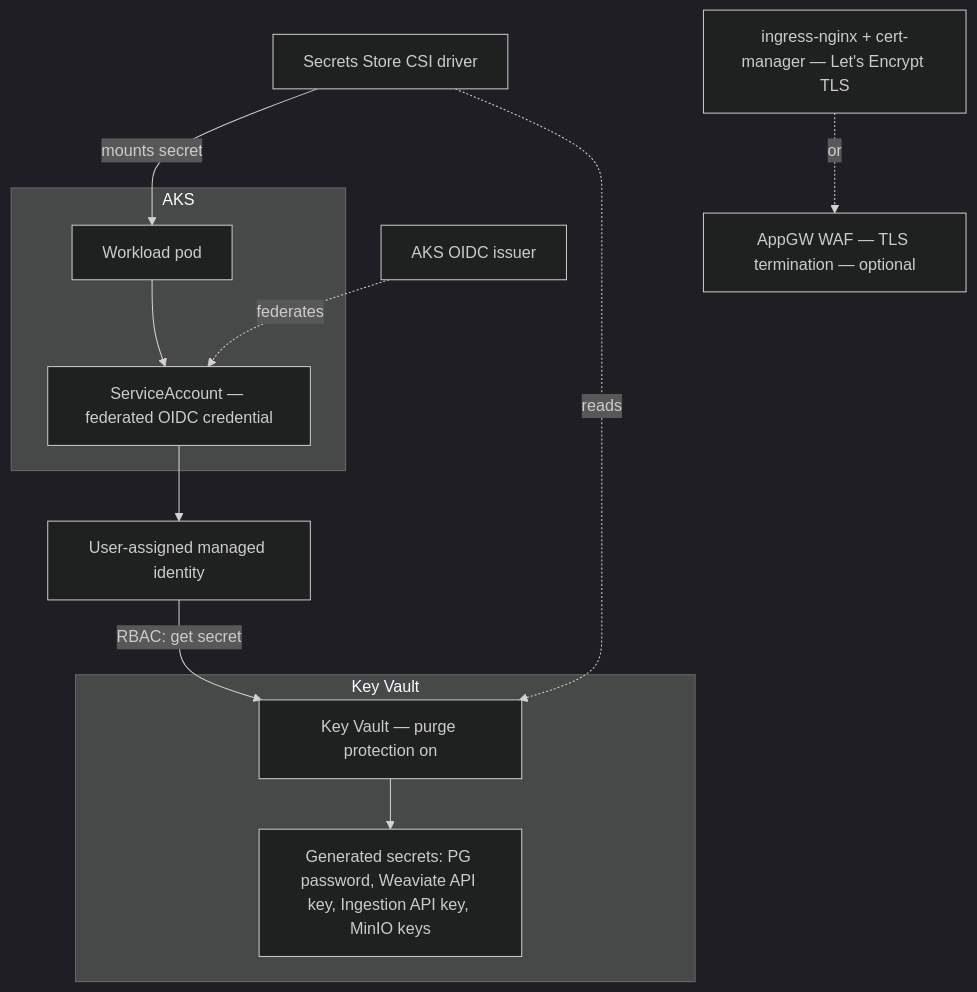
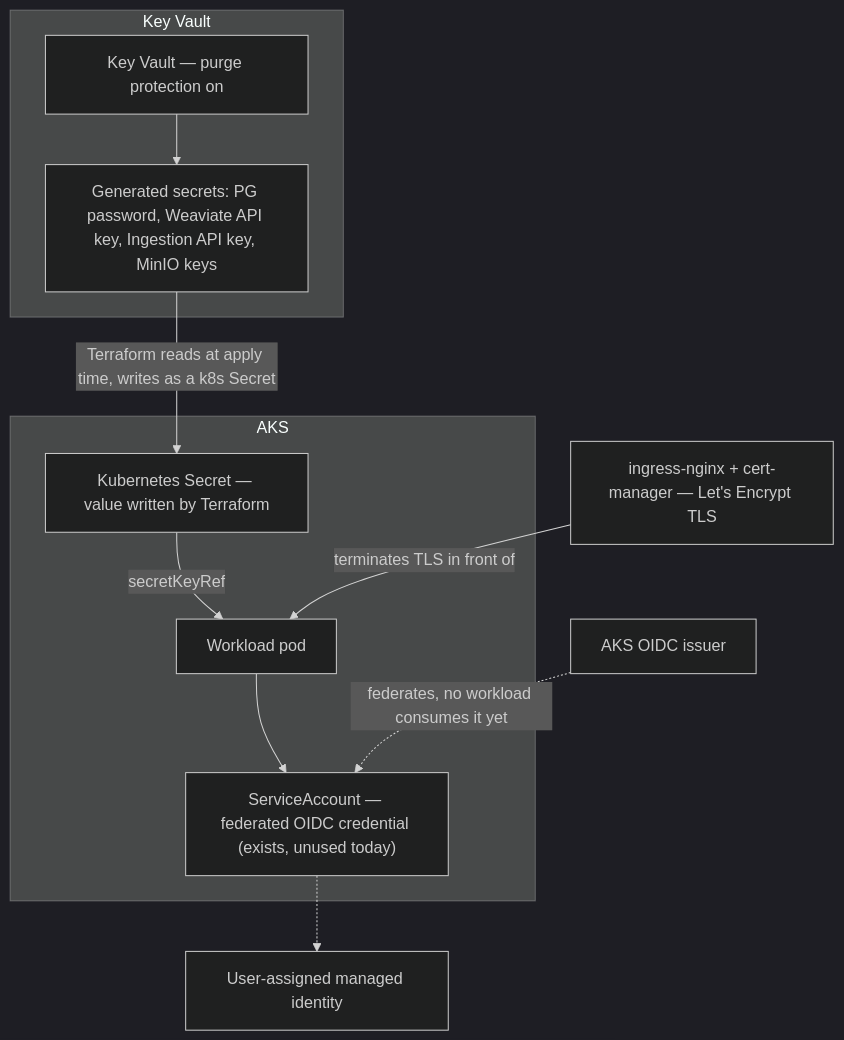
The third of 6 diagrams in docs/deploy/azure.md (inherent-prime/inherent), drawn with Mermaid (dark theme) before and after one commit. The commit also changed other lines of this file and 8 other files, not shown here.

````diff
--- a/docs/deploy/azure.md
+++ b/docs/deploy/azure.md
@@ -130,24 +133,23 @@
 ```mermaid
 graph TB
     subgraph aks["AKS"]
         pod["Workload pod"]
-        sa["ServiceAccount — federated OIDC credential"]
+        sa["ServiceAccount — federated OIDC credential (exists, unused today)"]
+        ksec["Kubernetes Secret — value written by Terraform"]
     end
     ident["User-assigned managed identity"]
     oidc["AKS OIDC issuer"]
     subgraph kvsec["Key Vault"]
         kv["Key Vault — purge protection on"]
         secrets["Generated secrets: PG password, Weaviate API key, Ingestion API key, MinIO keys"]
     end
-    csi["Secrets Store CSI driver"]
     tls1["ingress-nginx + cert-manager — Let's Encrypt TLS"]
-    tls2["AppGW WAF — TLS termination — optional"]
 
-    pod --> sa --> ident
-    oidc -.->|federates| sa
-    ident -->|RBAC: get secret| kv
+    pod --> sa
+    oidc -.->|federates, no workload consumes it yet| sa
+    sa -.-> ident
     kv --> secrets
-    csi -->|mounts secret| pod
-    csi -.->|reads| kv
-    tls1 -.->|or| tls2
+    secrets -->|Terraform reads at apply time, writes as a k8s Secret| ksec
+    ksec -->|secretKeyRef| pod
+    tls1 -->|terminates TLS in front of| pod
 ```
````
